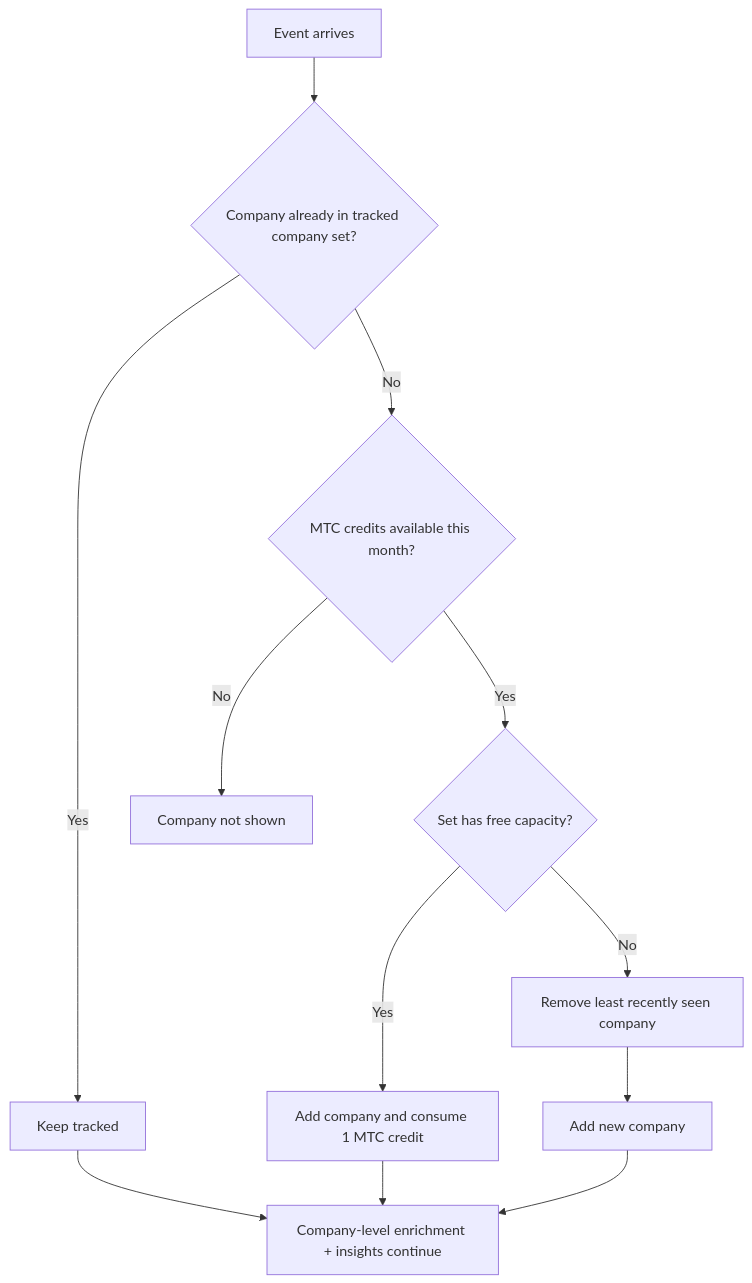
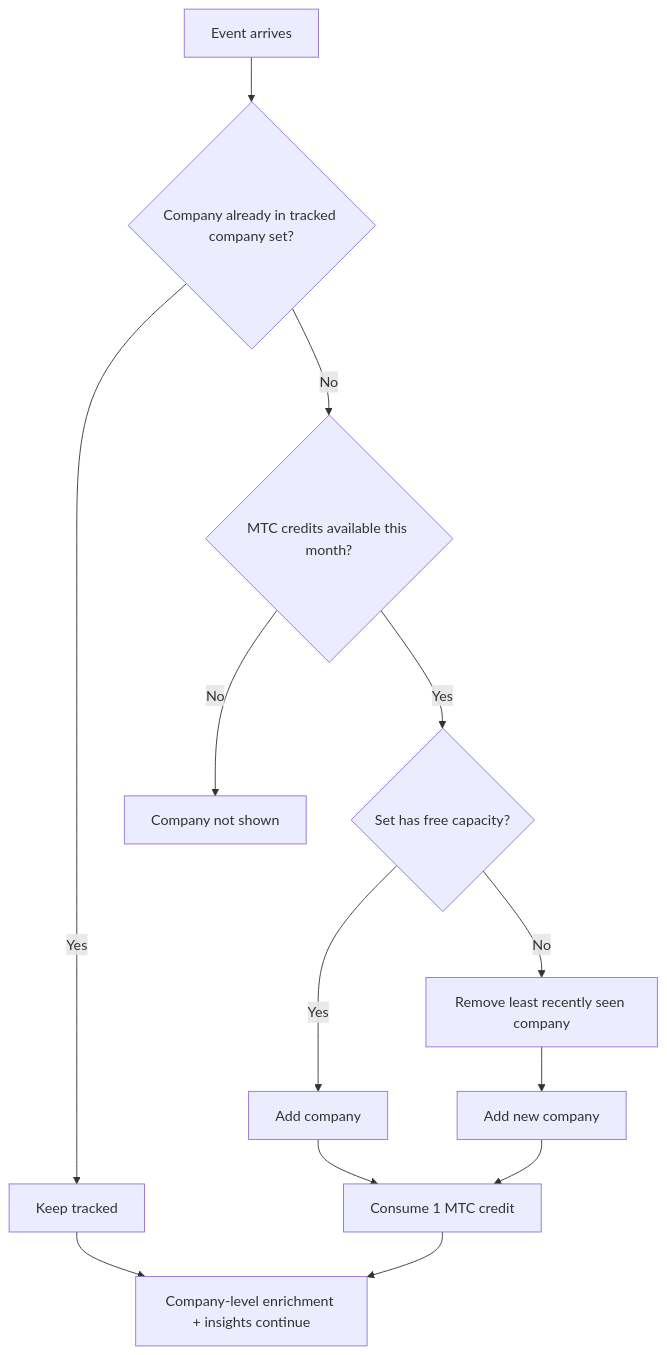
One commit to scarf-sh/docs changed the diagram in docs/mtc.md. Above: the diagram before and after it, drawn with Mermaid.

Commit message:
Correct MTC diagram: consume credit on any company add (#254)

````diff
--- a/docs/mtc.md
+++ b/docs/mtc.md
@@ -18,14 +18,15 @@
 ```mermaid
 flowchart TD
   A[Event arrives] --> B{Company already in tracked company set?}
   B -->|Yes| C[Keep tracked]
   B -->|No| D{MTC credits available this month?}
   D -->|No| E[Company not shown]
   D -->|Yes| F{Set has free capacity?}
-  F -->|Yes| G[Add company and consume 1 MTC credit]
+  F -->|Yes| G[Add company]
   F -->|No| H[Remove least recently seen company]
   H --> I[Add new company]
+  G --> K[Consume 1 MTC credit]
+  I --> K
   C --> J[Company-level enrichment + insights continue]
-  G --> J
-  I --> J
+  K --> J
 ```
````
